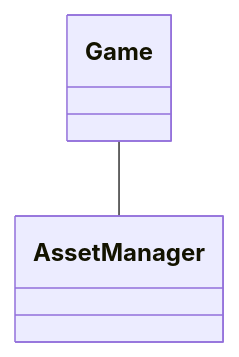
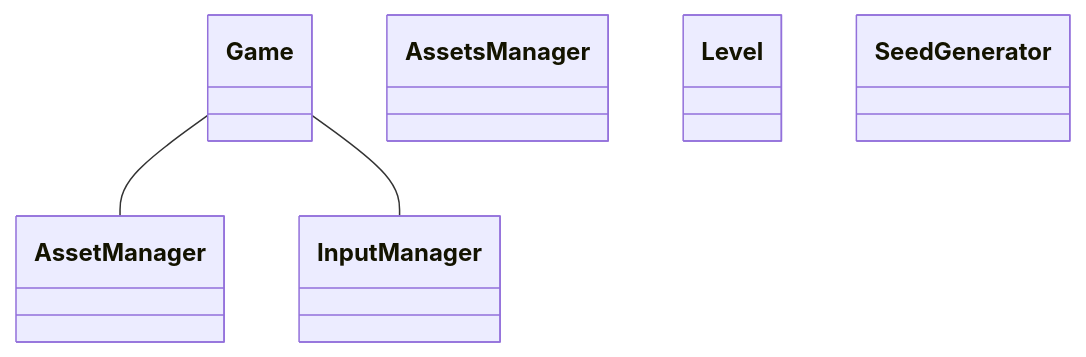
One commit to igorknop/pgclab changed the diagram in docs/index.md. Above: the diagram before and after it, drawn with Mermaid. The commit also changed 4 other files, not shown here.

Commit message:
add assets manager builder

````diff
--- a/docs/index.md
+++ b/docs/index.md
@@ -10,9 +10,19 @@
 ```mermaid
 classDiagram
     class Game {
     }
-    class AssetManager {
+    class AssetsManager {
     }
+    class InputManager {
+    }
+    class Level {
+
+    }
+    class SeedGenerator {
+
+    }
+
     
     Game -- AssetManager
+    Game -- InputManager
 ```
````
